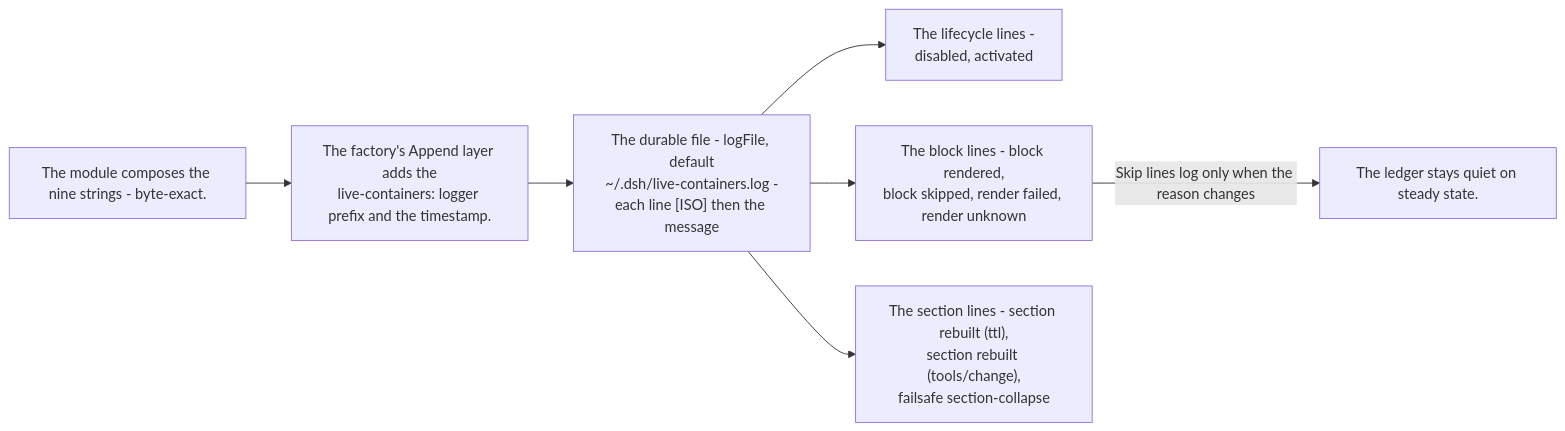
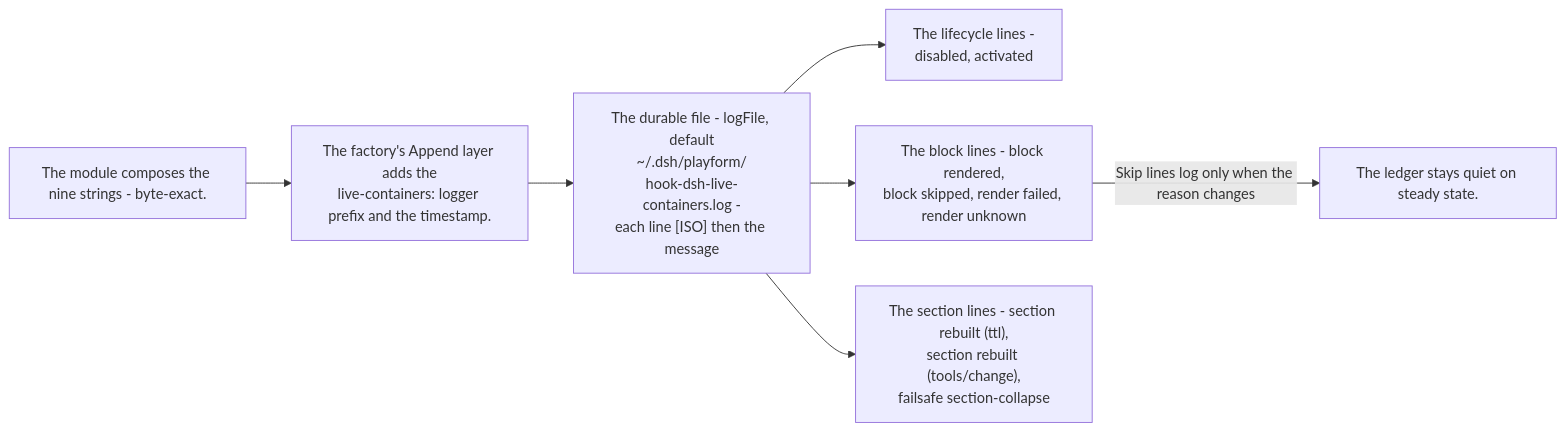
One commit to PlayForm/Site-DeepSeek changed the diagram in Source/Content/Mermaid/live-ledger-log.mmd. Above: the diagram before and after it, drawn with Mermaid. The commit also changed 77 other files, not shown here.

```diff
--- a/Source/Content/Mermaid/live-ledger-log.mmd
+++ b/Source/Content/Mermaid/live-ledger-log.mmd
@@ -1,8 +1,8 @@
 flowchart LR
 	MOD["The module composes the nine strings - byte-exact."]
 	MOD --> APPEND["The factory's Append layer adds the<br/>live-containers: logger prefix and the timestamp."]
-	APPEND --> FILE["The durable file - logFile, default<br/>~/.dsh/live-containers.log -<br/>each line [ISO] then the message"]
+	APPEND --> FILE["The durable file - logFile, default<br/>~/.dsh/playform/<br/>hook-dsh-live-containers.log -<br/>each line [ISO] then the message"]
 	FILE --> LIFE["The lifecycle lines -<br/>disabled, activated"]
 	FILE --> BLK["The block lines - block rendered,<br/>block skipped, render failed, render unknown"]
 	FILE --> SEC["The section lines - section rebuilt (ttl),<br/>section rebuilt (tools/change),<br/>failsafe section-collapse"]
 	BLK -- "Skip lines log only when the reason changes" --> QUIET["The ledger stays quiet on steady state."]
```
